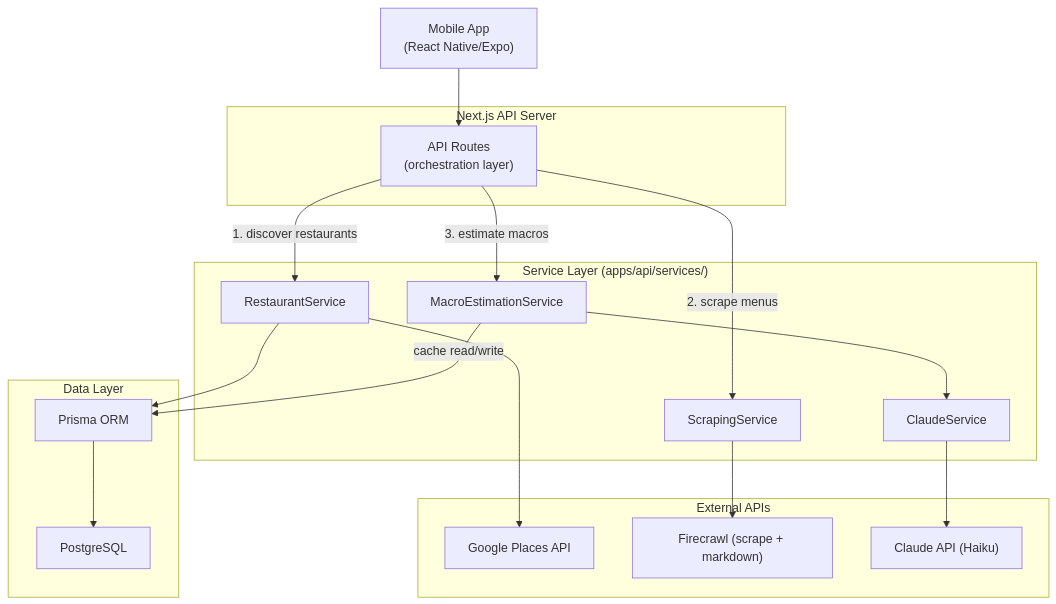
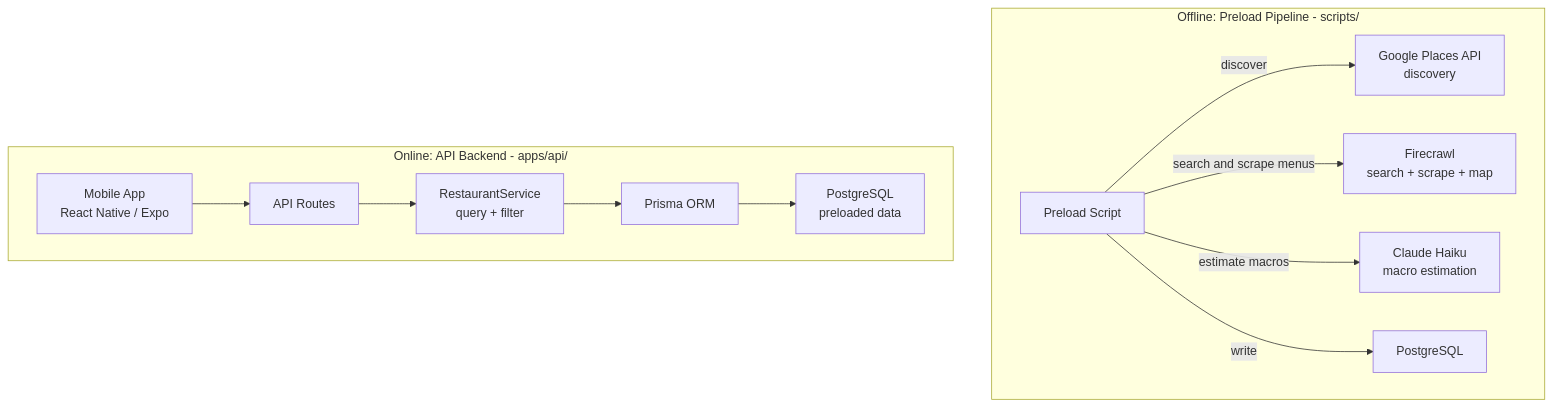
One commit to dgmolla/fitsy changed the first of 4 diagrams in docs/engineering/backend/system-design.md. Above: the diagram before and after it, drawn with Mermaid. The commit also changed other lines of this file and 2 other files, not shown here.

First line of the commit message:
Doc updates: post-spike refinements to system design, vision PRD, scraping spike

````diff
--- a/docs/engineering/backend/system-design.md
+++ b/docs/engineering/backend/system-design.md
@@ -16,40 +24,26 @@
 ```mermaid
 graph TD
-    Client["Mobile App<br/>(React Native/Expo)"]
-
-    subgraph "Next.js API Server"
-        API["API Routes<br/>(orchestration layer)"]
+    subgraph offline["Offline: Preload Pipeline - scripts/"]
+        PS["Preload Script"]
+        FC["Firecrawl<br/>search + scrape + map"]
+        CL["Claude Haiku<br/>macro estimation"]
+        GP_off["Google Places API<br/>discovery"]
+        PG_off["PostgreSQL"]
+        PS -- discover --> GP_off
+        PS -- search and scrape menus --> FC
+        PS -- estimate macros --> CL
+        PS -- write --> PG_off
     end
 
-    subgraph "Service Layer (apps/api/services/)"
-        RS["RestaurantService"]
-        SS["ScrapingService"]
-        MS["MacroEstimationService"]
-        CS["ClaudeService"]
+    subgraph online["Online: API Backend - apps/api/"]
+        Client["Mobile App<br/>React Native / Expo"]
+        API["API Routes"]
+        RS["RestaurantService<br/>query + filter"]
+        Prisma["Prisma ORM"]
+        PG_on["PostgreSQL<br/>preloaded data"]
+        Client --> API
+        API --> RS
+        RS --> Prisma
+        Prisma --> PG_on
     end
-
-    subgraph "External APIs"
-        GP["Google Places API"]
-        FC["Firecrawl (scrape + markdown)"]
-        CL["Claude API (Haiku)"]
-    end
-
-    subgraph "Data Layer"
-        Prisma["Prisma ORM"]
-        PG["PostgreSQL"]
-    end
-
-    Client --> API
-    API -- "1. discover restaurants" --> RS
-    API -- "2. scrape menus" --> SS
-    API -- "3. estimate macros" --> MS
-
-    RS --> GP
-    SS --> FC
-    MS --> CS
-    CS --> CL
-
-    MS -- "cache read/write" --> Prisma
-    RS --> Prisma
-    Prisma --> PG
 ```
````
